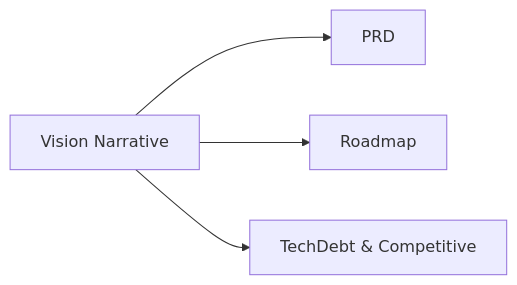
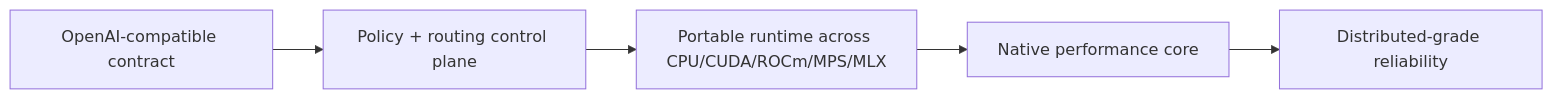
One commit to vjsingh1984/inferflux changed the diagram in docs/VISION.md. Above: the diagram before and after it, drawn with Mermaid. The commit also changed other lines of this file and 11 other files, not shown here.

````diff
--- a/docs/VISION.md
+++ b/docs/VISION.md
@@ -5,6 +5,7 @@
 ```mermaid
 flowchart LR
-    A[Vision Narrative] --> B[PRD]
-    A --> C[Roadmap]
-    A --> D[TechDebt & Competitive]
+    A[OpenAI-compatible contract] --> B[Policy + routing control plane]
+    B --> C[Portable runtime across CPU/CUDA/ROCm/MPS/MLX]
+    C --> D[Native performance core]
+    D --> E[Distributed-grade reliability]
 ```
````
